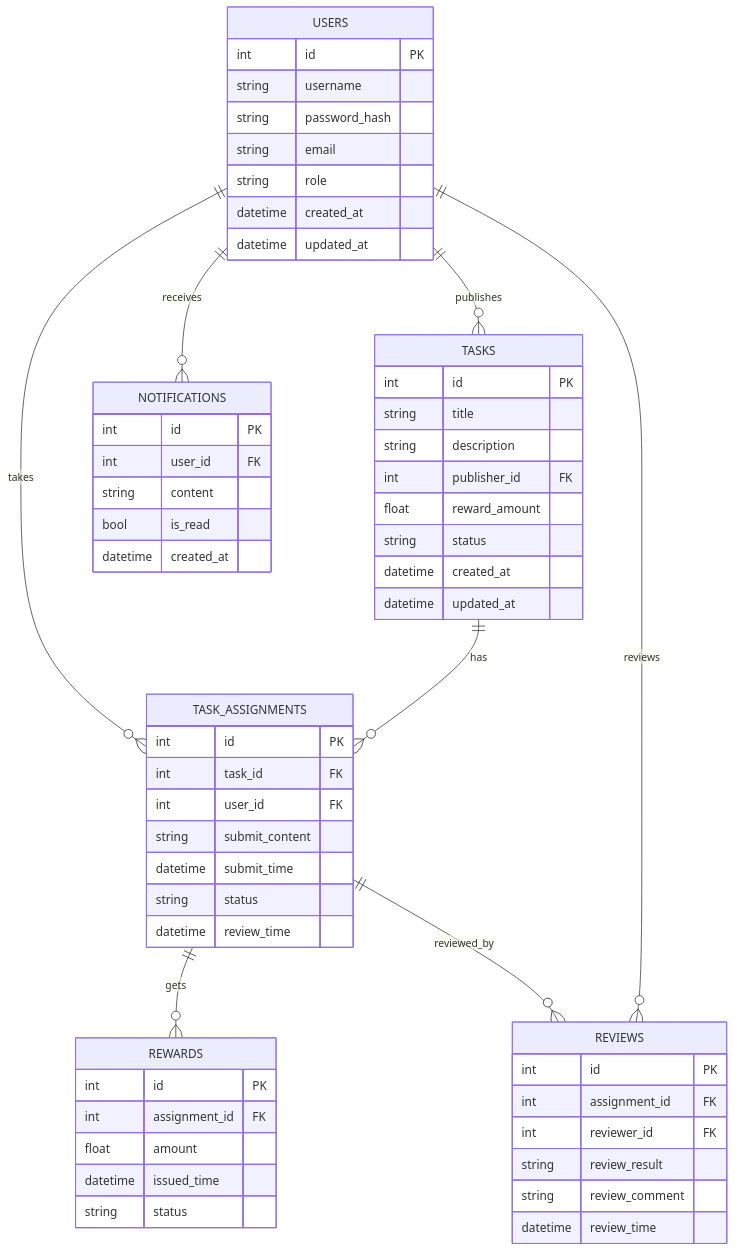
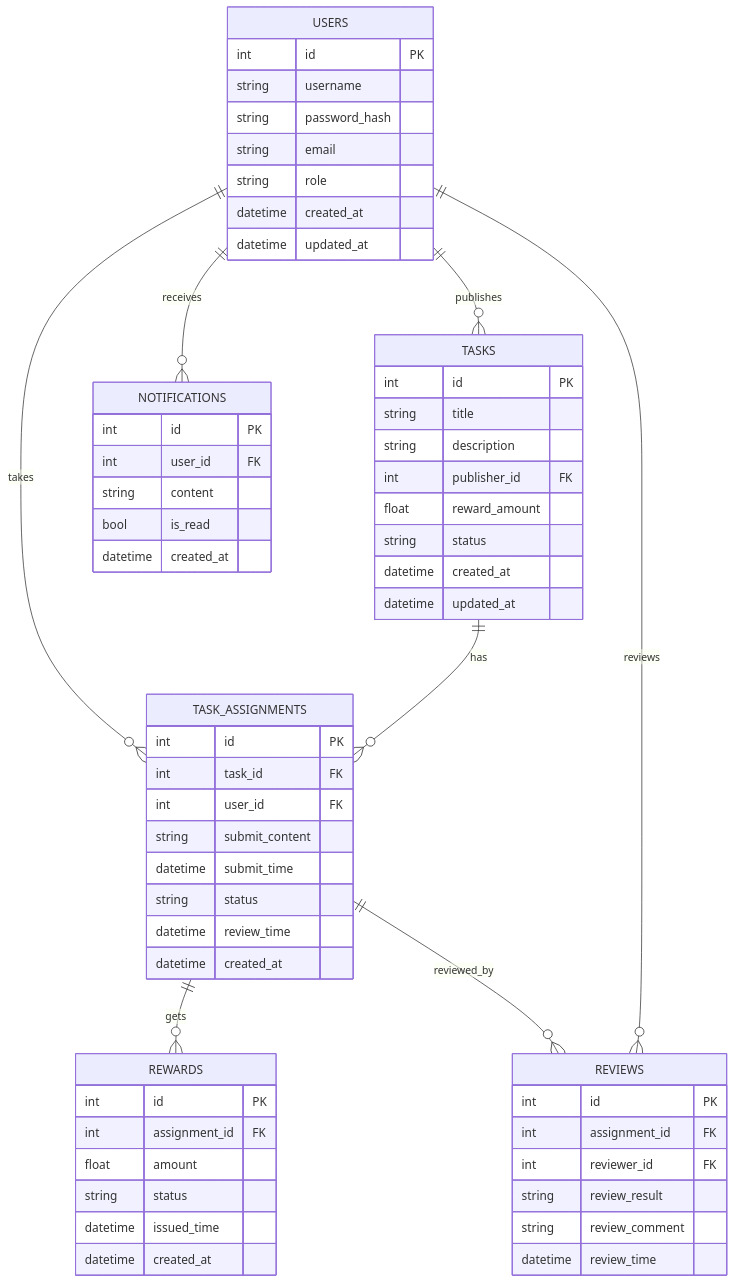
The diagram in docs/database.md (zzxgin/FAST-API), drawn with Mermaid before and after one commit. The commit also changed other lines of this file, not shown here.

Commit message:
docs(database): update database documentation with detailed schema and enums

````diff
--- a/docs/database.md
+++ b/docs/database.md
@@ -61,61 +91,63 @@
 ```mermaid
 erDiagram
     USERS {
         int id PK
         string username
         string password_hash
         string email
         string role
         datetime created_at
         datetime updated_at
     }
     TASKS {
         int id PK
         string title
         string description
         int publisher_id FK
         float reward_amount
         string status
         datetime created_at
         datetime updated_at
     }
     TASK_ASSIGNMENTS {
         int id PK
         int task_id FK
         int user_id FK
         string submit_content
         datetime submit_time
         string status
         datetime review_time
+        datetime created_at
     }
     REWARDS {
         int id PK
         int assignment_id FK
         float amount
+        string status
         datetime issued_time
-        string status
+        datetime created_at
     }
     REVIEWS {
         int id PK
         int assignment_id FK
         int reviewer_id FK
         string review_result
         string review_comment
         datetime review_time
     }
     NOTIFICATIONS {
         int id PK
         int user_id FK
         string content
         bool is_read
         datetime created_at
     }
 
     USERS ||--o{ TASKS : publishes
     USERS ||--o{ TASK_ASSIGNMENTS : takes
     TASKS ||--o{ TASK_ASSIGNMENTS : has
     TASK_ASSIGNMENTS ||--o{ REWARDS : gets
     TASK_ASSIGNMENTS ||--o{ REVIEWS : reviewed_by
     USERS ||--o{ REVIEWS : reviews
     USERS ||--o{ NOTIFICATIONS : receives
 ```
````
